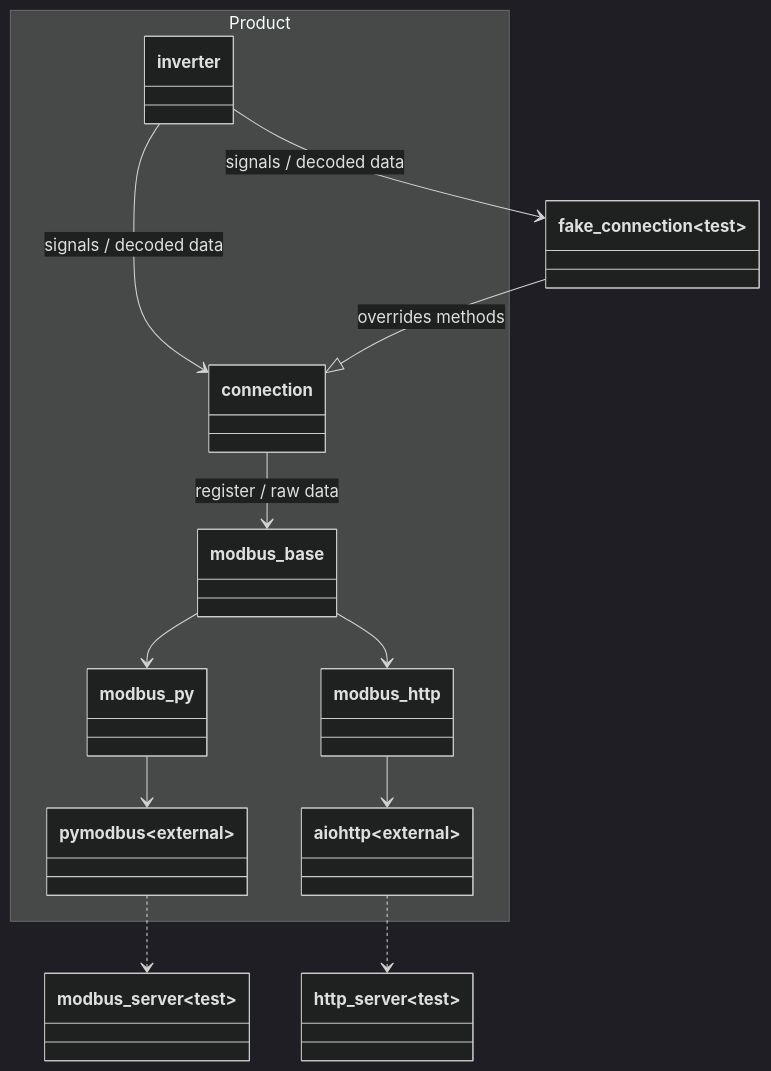
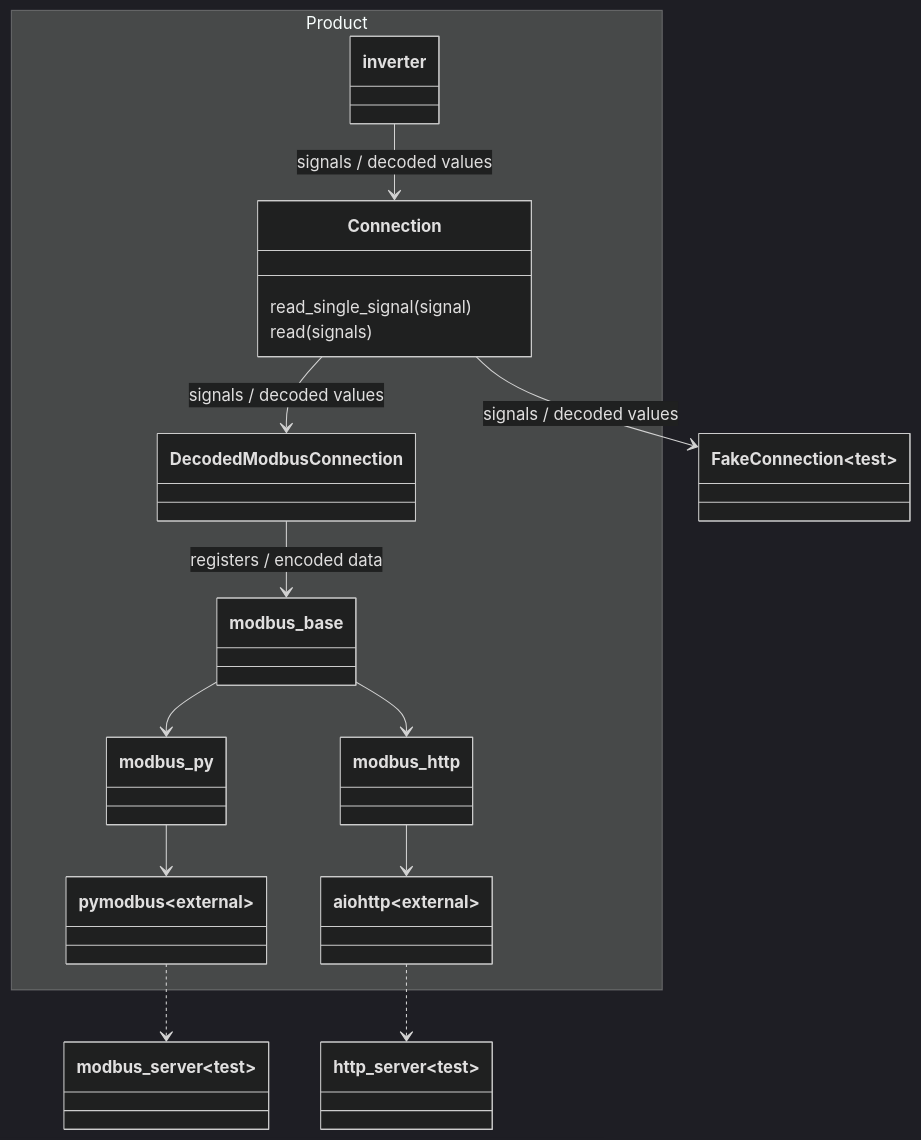
One commit to AlexanderLanin/homeassistant-sungrow changed the diagram in tests/README.md. Above: the diagram before and after it, drawn with Mermaid (dark theme). The commit also changed 10 other files, not shown here.

````diff
--- a/tests/README.md
+++ b/tests/README.md
@@ -19,27 +19,33 @@
 ```mermaid
 classDiagram
     namespace Product {
         class inverter
-        class connection
+        class Connection {
+            read_single_signal(signal)
+            read(signals)
+        }
+        class DecodedModbusConnection
         class modbus_base
         class modbus_py
         class modbus_http
         class aiohttp~external~
         class pymodbus~external~
     }
+    class FakeConnection~test~
 
-    inverter --> connection : signals / decoded data
+    inverter --> Connection : signals / decoded values
 
-    connection --> modbus_base : register / raw data
-    inverter --> fake_connection~test~ : signals / decoded data
-    fake_connection --|> connection : overrides methods
+    Connection --> DecodedModbusConnection : signals / decoded values
+    Connection --> FakeConnection : signals / decoded values
+
+    DecodedModbusConnection --> modbus_base : registers / encoded data
 
     modbus_base --> modbus_py
     modbus_base --> modbus_http
 
     modbus_http --> aiohttp
     aiohttp ..> http_server~test~
 
     modbus_py --> pymodbus
     pymodbus ..> modbus_server~test~
 ```
````
